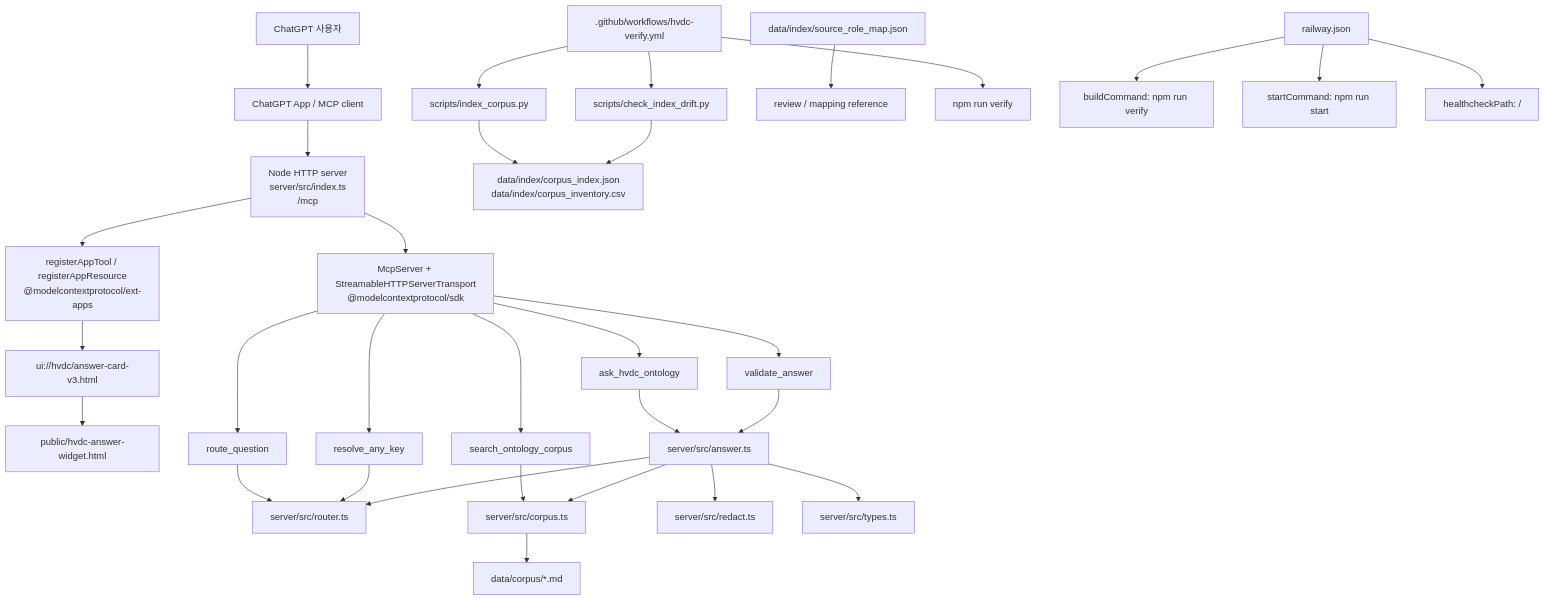
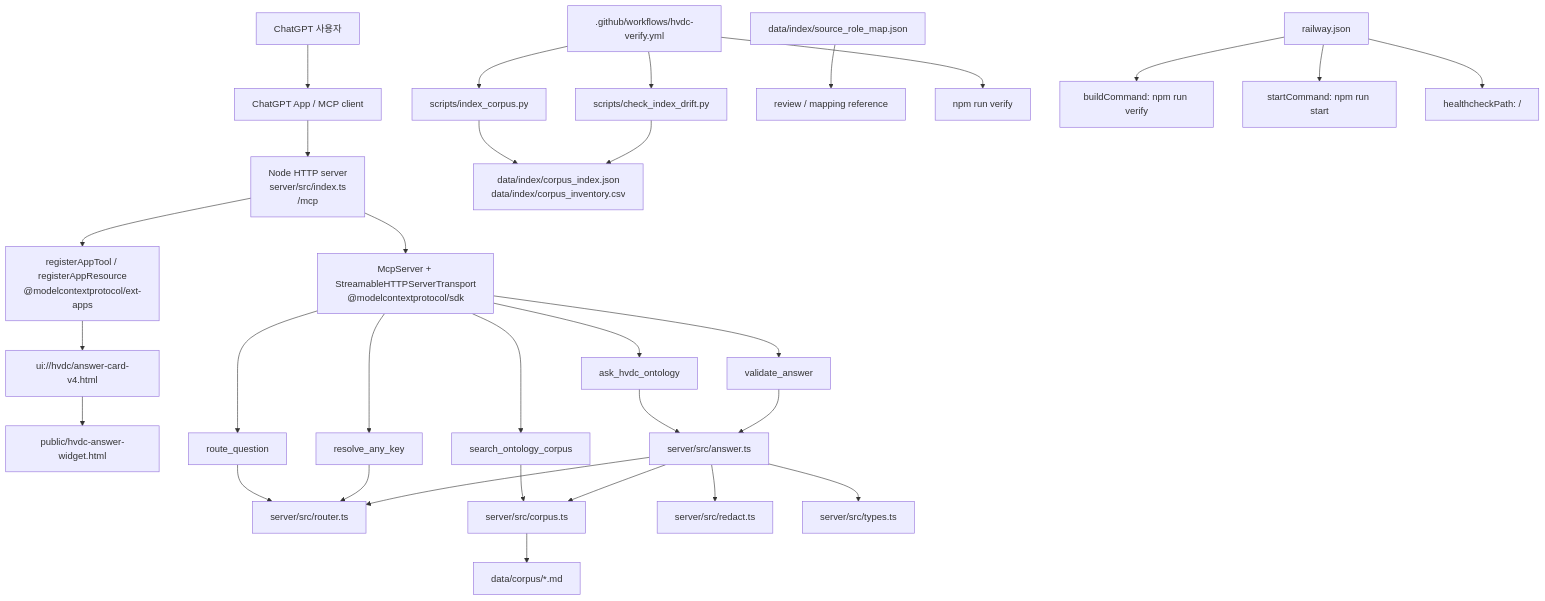
One commit to macho715/SCT_ONTOLOGY changed the first of 2 diagrams in SYSTEM_ARCHITECTURE.md. Above: the diagram before and after it, drawn with Mermaid. The commit also changed other lines of this file and 9 other files, not shown here.

````diff
--- a/SYSTEM_ARCHITECTURE.md
+++ b/SYSTEM_ARCHITECTURE.md
@@ -30,37 +30,37 @@
 ```mermaid
 flowchart TD
   User["ChatGPT 사용자"] --> App["ChatGPT App / MCP client"]
   App --> Endpoint["Node HTTP server<br/>server/src/index.ts<br/>/mcp"]
   Endpoint --> Mcp["McpServer + StreamableHTTPServerTransport<br/>@modelcontextprotocol/sdk"]
   Endpoint --> ExtApps["registerAppTool / registerAppResource<br/>@modelcontextprotocol/ext-apps"]
-  ExtApps --> WidgetResource["ui://hvdc/answer-card-v3.html"]
+  ExtApps --> WidgetResource["ui://hvdc/answer-card-v4.html"]
   WidgetResource --> WidgetFile["public/hvdc-answer-widget.html"]
 
   Mcp --> AskTool["ask_hvdc_ontology"]
   Mcp --> RouteTool["route_question"]
   Mcp --> SearchTool["search_ontology_corpus"]
   Mcp --> ResolveTool["resolve_any_key"]
   Mcp --> ValidateTool["validate_answer"]
 
   AskTool --> Answer["server/src/answer.ts"]
   RouteTool --> Router["server/src/router.ts"]
   SearchTool --> Corpus["server/src/corpus.ts"]
   ResolveTool --> Router
   ValidateTool --> Answer
 
   Answer --> Redact["server/src/redact.ts"]
   Answer --> Types["server/src/types.ts"]
   Answer --> Corpus
   Answer --> Router
   Corpus --> CorpusFiles["data/corpus/*.md"]
   Indexer["scripts/index_corpus.py"] --> IndexFiles["data/index/corpus_index.json<br/>data/index/corpus_inventory.csv"]
   DriftCheck["scripts/check_index_drift.py"] --> IndexFiles
   SourceRole["data/index/source_role_map.json"] --> Review["review / mapping reference"]
 
   GHA[".github/workflows/hvdc-verify.yml"] --> Indexer
   GHA --> DriftCheck
   GHA --> Verify["npm run verify"]
   Railway["railway.json"] --> Build["buildCommand: npm run verify"]
   Railway --> Start["startCommand: npm run start"]
   Railway --> Health["healthcheckPath: /"]
 ```
````
